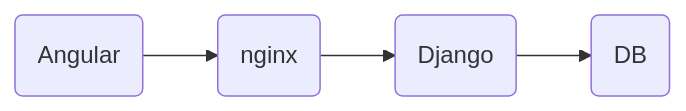
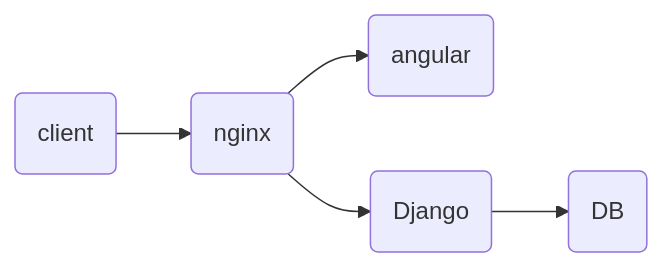
One commit to Bakushin10/angular-django-docker-starter changed the diagram in readme.md. Above: the diagram before and after it, drawn with Mermaid. The commit also changed other lines of this file and 4 other files, not shown here.

````diff
--- a/readme.md
+++ b/readme.md
@@ -48,11 +49,10 @@
 ```mermaid
 
 graph LR
 
-A(Angular) --> B(nginx)
-
+A(client) --> B(nginx)
+B --> C(angular)
 B --> D(Django)
-
-D --> F(DB)
+D --> E(DB)
 
 ```
````
